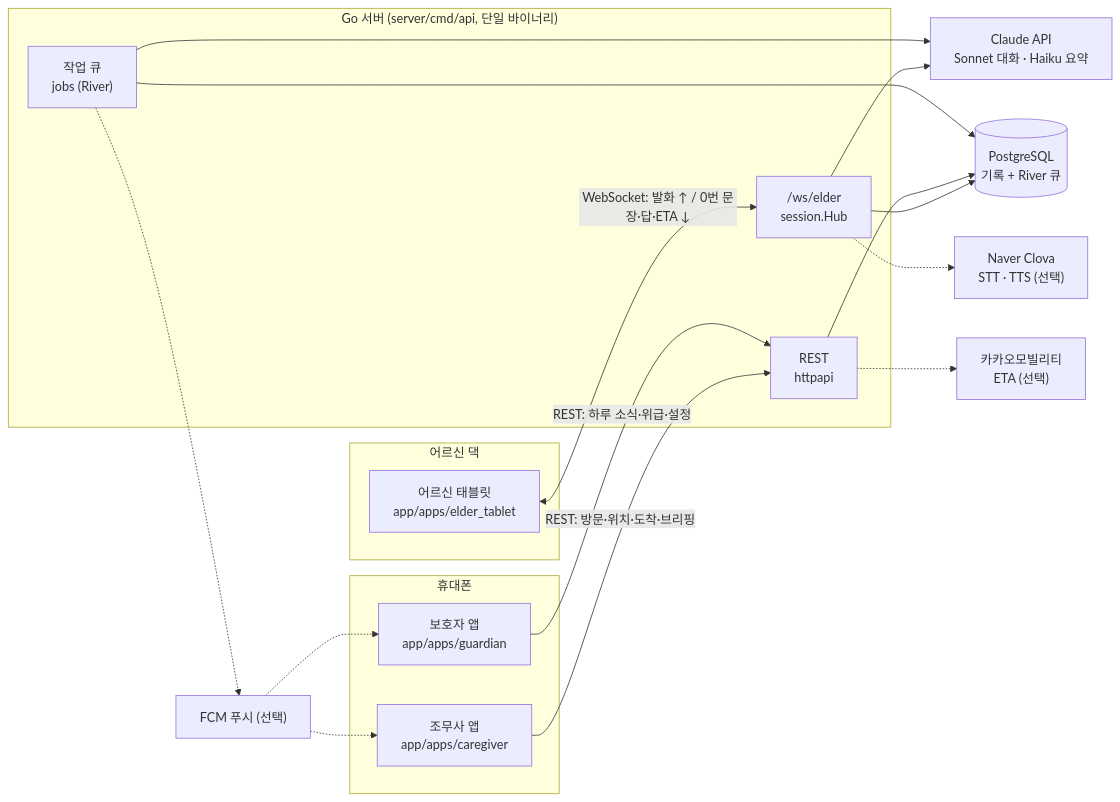
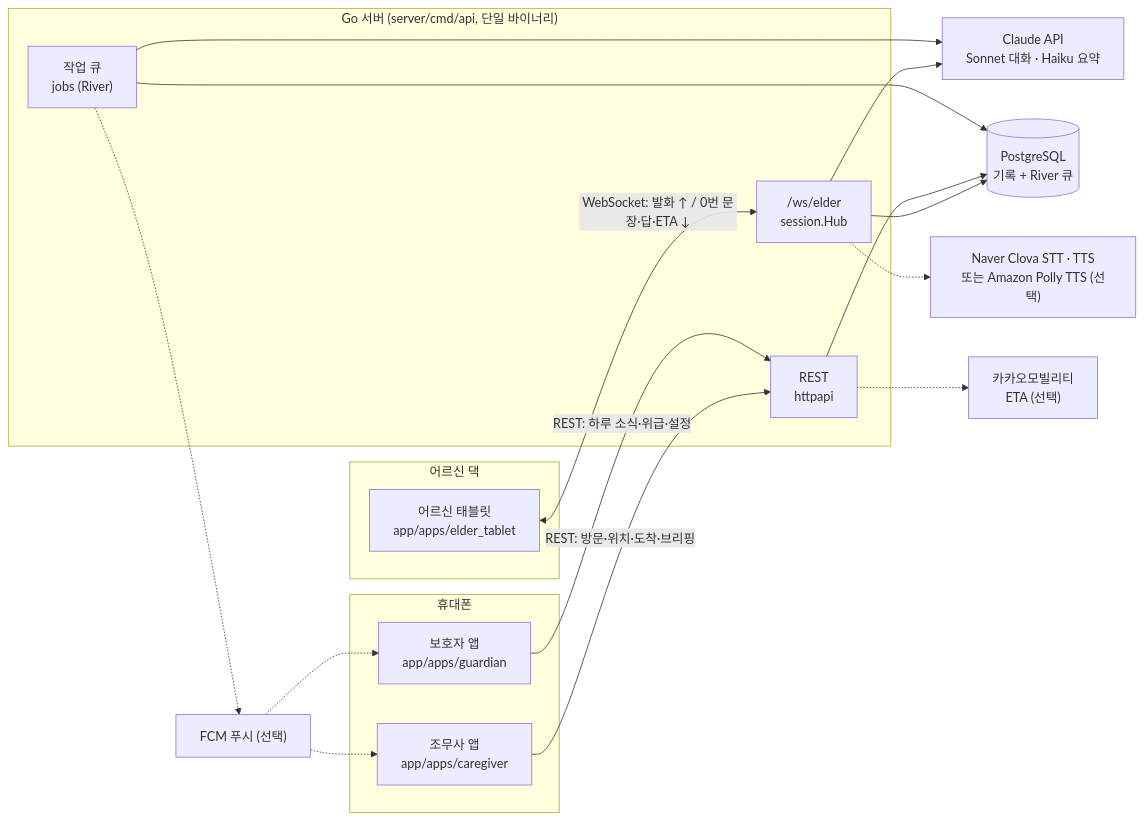
One commit to kimtaesung98/silvercare changed the first of 9 diagrams in notchiwon-bridge/docs/handbook/whitebox.md. Above: the diagram before and after it, drawn with Mermaid. The commit also changed other lines of this file and 13 other files, not shown here.

First line of the commit message:
server: voice AI sentences with Amazon Polly (TTS_PROVIDER=polly)

````diff
--- a/notchiwon-bridge/docs/handbook/whitebox.md
+++ b/notchiwon-bridge/docs/handbook/whitebox.md
@@ -8,34 +8,34 @@
 ```mermaid
 flowchart LR
   subgraph 어르신댁["어르신 댁"]
     T["어르신 태블릿<br/>app/apps/elder_tablet"]
   end
   subgraph 휴대폰["휴대폰"]
     C["조무사 앱<br/>app/apps/caregiver"]
     G["보호자 앱<br/>app/apps/guardian"]
   end
   subgraph 서버["Go 서버 (server/cmd/api, 단일 바이너리)"]
     WS["/ws/elder<br/>session.Hub"]
     REST["REST<br/>httpapi"]
     JOBS["작업 큐<br/>jobs (River)"]
   end
   PG[("PostgreSQL<br/>기록 + River 큐")]
   CL["Claude API<br/>Sonnet 대화 · Haiku 요약"]
-  CV["Naver Clova<br/>STT · TTS (선택)"]
+  CV["Naver Clova STT · TTS<br/>또는 Amazon Polly TTS (선택)"]
   KK["카카오모빌리티<br/>ETA (선택)"]
   FCM["FCM 푸시 (선택)"]
 
   T <-- "WebSocket: 발화 ↑ / 0번 문장·답·ETA ↓" --> WS
   C -- "REST: 방문·위치·도착·브리핑" --> REST
   G -- "REST: 하루 소식·위급·설정" --> REST
   WS --> PG
   REST --> PG
   JOBS --> PG
   WS --> CL
   WS -.-> CV
   REST -.-> KK
   JOBS --> CL
   JOBS -.-> FCM
   FCM -.-> C
   FCM -.-> G
 ```
````
